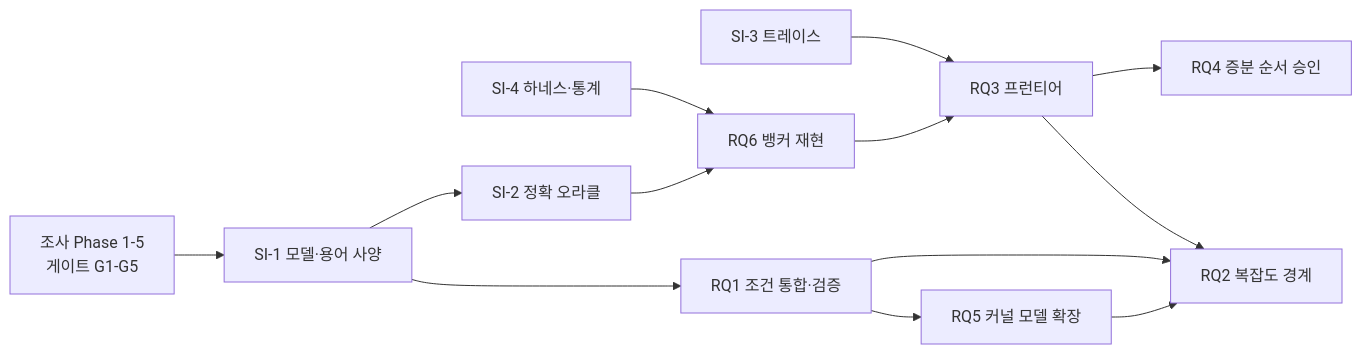
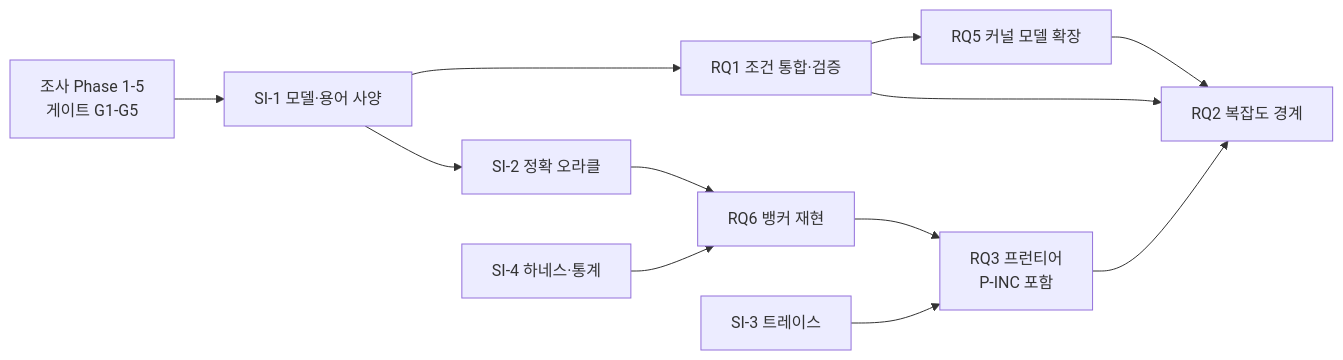
One commit to inha20/DeadlockConditionRedefinitionAndPrevention changed the diagram in docs/02-research-execution-plan.md. Above: the diagram before and after it, drawn with Mermaid. The commit also changed other lines of this file, not shown here.

````diff
--- a/docs/02-research-execution-plan.md
+++ b/docs/02-research-execution-plan.md
@@ -323,15 +372,14 @@
 ```mermaid
 flowchart LR
   G[조사 Phase 1-5<br/>게이트 G1-G5] --> SI1[SI-1 모델·용어 사양]
   SI1 --> SI2[SI-2 정확 오라클]
   SI1 --> RQ1[RQ1 조건 통합·검증]
   SI2 --> RQ6[RQ6 뱅커 재현]
   SI4[SI-4 하네스·통계] --> RQ6
-  RQ6 --> RQ3[RQ3 프런티어]
+  RQ6 --> RQ3[RQ3 프런티어<br/>P-INC 포함]
   SI3[SI-3 트레이스] --> RQ3
-  RQ3 --> RQ4[RQ4 증분 순서 승인]
   RQ1 --> RQ5[RQ5 커널 모델 확장]
   RQ5 --> RQ2[RQ2 복잡도 경계]
   RQ1 --> RQ2
   RQ3 --> RQ2
 ```
````
